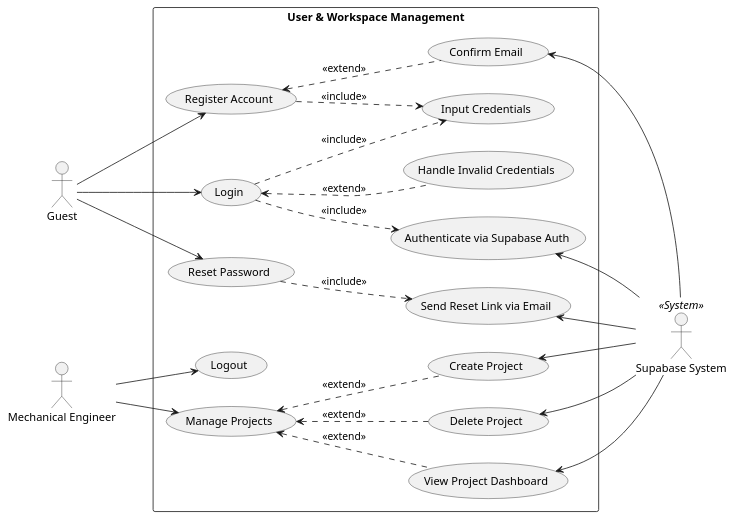
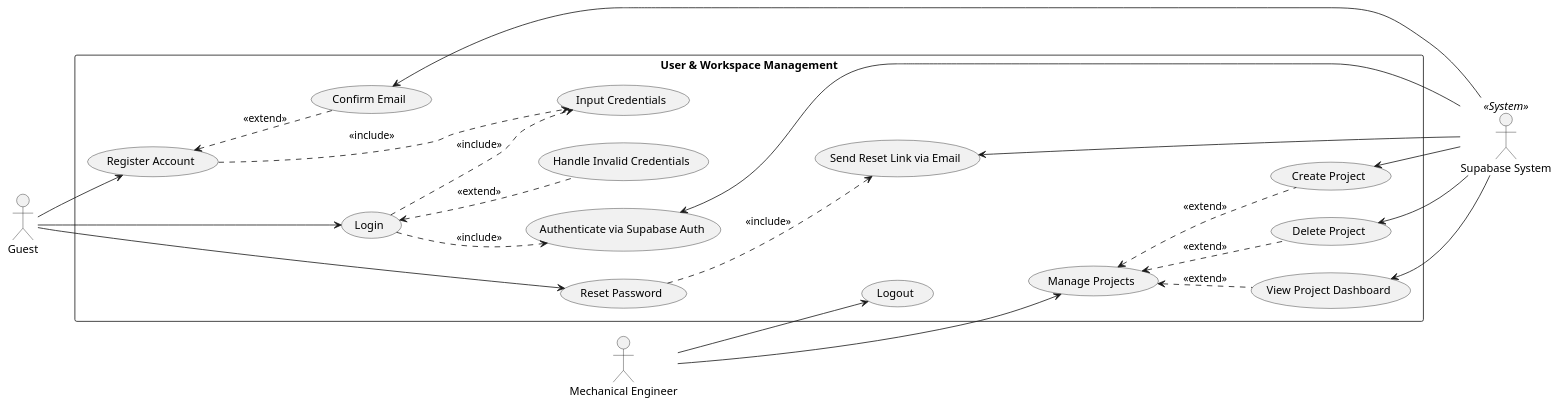
Before and after one commit to dvydinh/mechdrive: the diagram in docs/uml/uc_user.puml, drawn with PlantUML. The commit also changed 3 other files, not shown here.

```diff
--- a/docs/uml/uc_user.puml
+++ b/docs/uml/uc_user.puml
@@ -1,55 +1,60 @@
 @startuml
 left to right direction
 skinparam packageStyle rectangle
 
 actor "Guest" as guest
 actor "Mechanical Engineer" as eng
 actor "Supabase System" as supa << System >>
 
 package "User & Workspace Management" {
   usecase "Register Account" as UC1
   usecase "Input Credentials" as UC1_1
   usecase "Confirm Email" as UC1_3
   
   usecase "Login" as UC2
   usecase "Authenticate via Supabase Auth" as UC2_1
   usecase "Handle Invalid Credentials" as UC2_2
   
   usecase "Reset Password" as UC3
   usecase "Send Reset Link via Email" as UC3_1
   
   usecase "Logout" as UC6
   
   usecase "Manage Projects" as UC4
   usecase "Create Project" as UC4_1
   usecase "Delete Project" as UC4_3
   usecase "View Project Dashboard" as UC4_4
 }
 
+UC1 -[hidden]down-> UC2
+UC2 -[hidden]down-> UC3
+UC3 -[hidden]down-> UC6
+UC6 -[hidden]down-> UC4
+
 guest --> UC1
 UC1 ..> UC1_1 : <<include>>
 UC1 <.. UC1_3 : <<extend>>
 
 guest --> UC2
 UC2 ..> UC1_1 : <<include>>
 UC2 ..> UC2_1 : <<include>>
 UC2 <.. UC2_2 : <<extend>>
 
 guest --> UC3
 UC3 ..> UC3_1 : <<include>>
 
 eng --> UC6
 
 eng --> UC4
 UC4 <.. UC4_1 : <<extend>>
 UC4 <.. UC4_3 : <<extend>>
 UC4 <.. UC4_4 : <<extend>>
 
 UC1_3 <-- supa
 UC2_1 <-- supa
 UC3_1 <-- supa
 UC4_1 <-- supa
 UC4_3 <-- supa
 UC4_4 <-- supa
 
 @enduml
```
